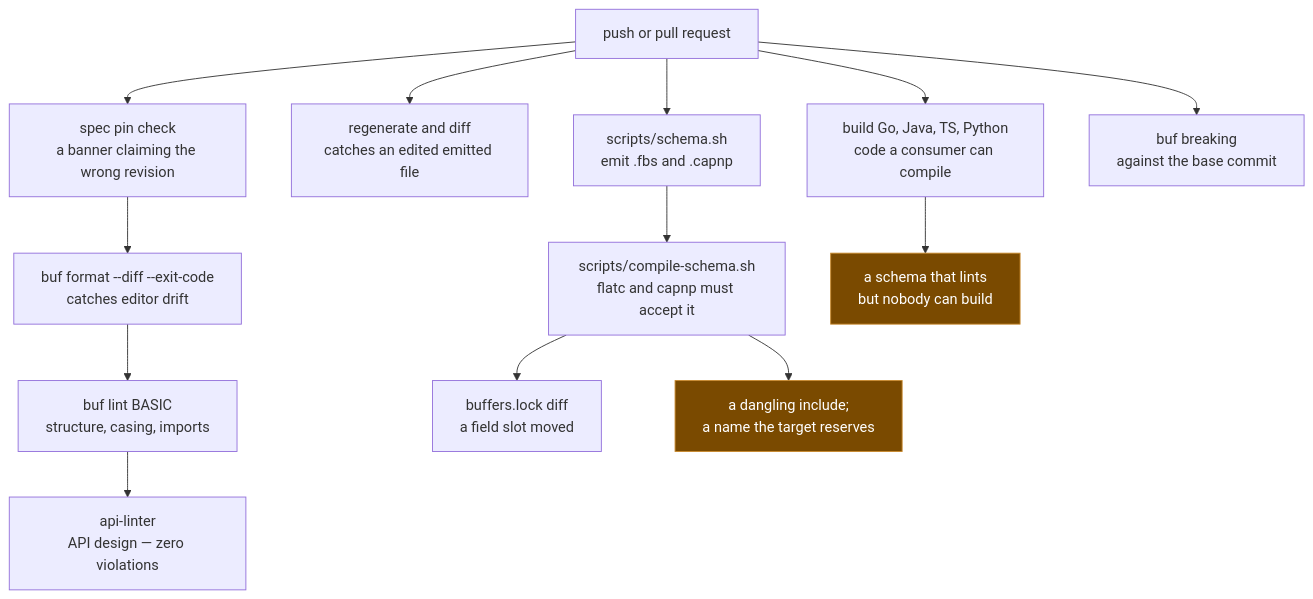
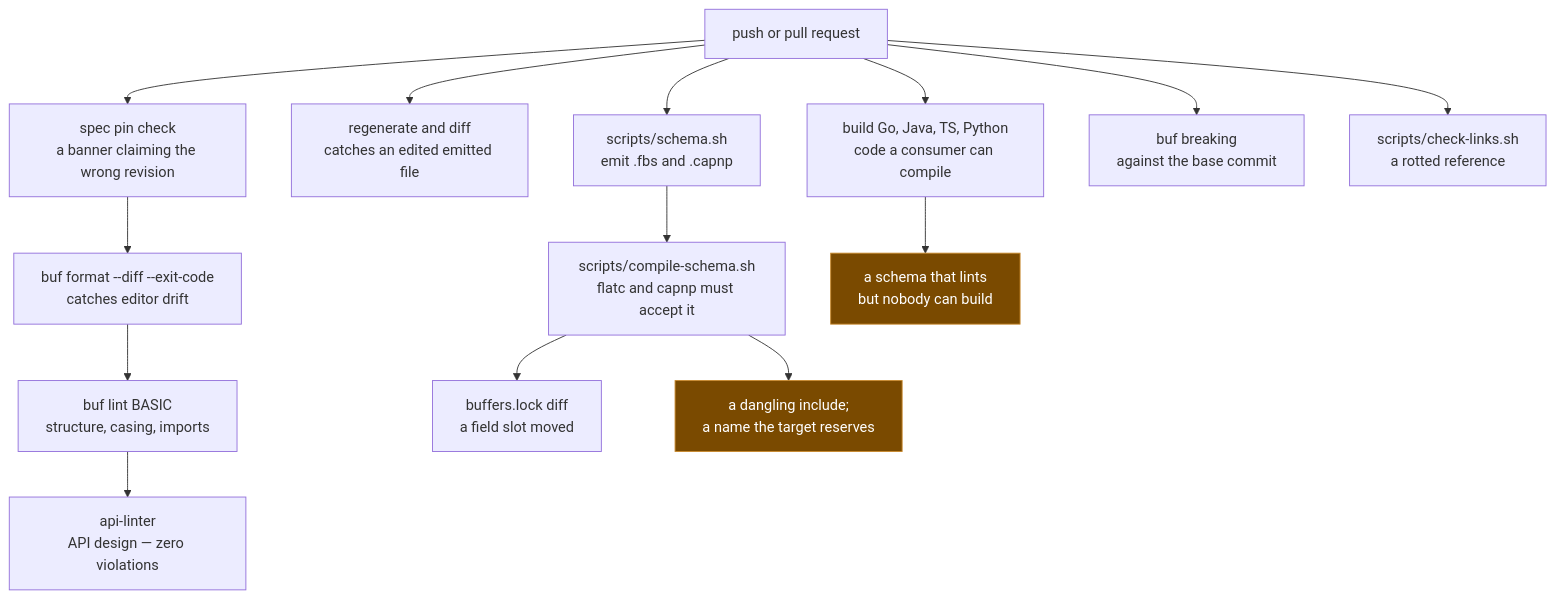
Diagram 11 of 11 in README.md (oh-tarnished/coversa-protobuf), drawn with Mermaid before and after one commit. The commit also changed other lines of this file and 453 other files, not shown here.

````diff
--- a/README.md
+++ b/README.md
@@ -510,27 +522,29 @@
 ```mermaid
 flowchart TD
   PR["push or pull request"]
 
   G0["spec pin check<br/>a banner claiming the wrong revision"]
   G1["regenerate and diff<br/>catches an edited emitted file"]
   G2["buf format --diff --exit-code<br/>catches editor drift"]
   G3["buf lint BASIC<br/>structure, casing, imports"]
   G4["api-linter<br/>API design — zero violations"]
   G5["scripts/schema.sh<br/>emit .fbs and .capnp"]
   G6["scripts/compile-schema.sh<br/>flatc and capnp must accept it"]
   G7["buffers.lock diff<br/>a field slot moved"]
   G8["build Go, Java, TS, Python<br/>code a consumer can compile"]
   G9["buf breaking<br/>against the base commit"]
+  G10["scripts/check-links.sh<br/>a rotted reference"]
 
   PR --> G0 --> G2 --> G3 --> G4
   PR --> G1
   PR --> G5 --> G6 --> G7
   PR --> G8
   PR --> G9
+  PR --> G10
 
   G6 --> W1["a dangling include;<br/>a name the target reserves"]
   G8 --> W2["a schema that lints<br/>but nobody can build"]
 
   classDef caught fill:#7A4A00,stroke:#C98A2E,color:#FFFFFF;
   class W1,W2 caught;
 ```
````
